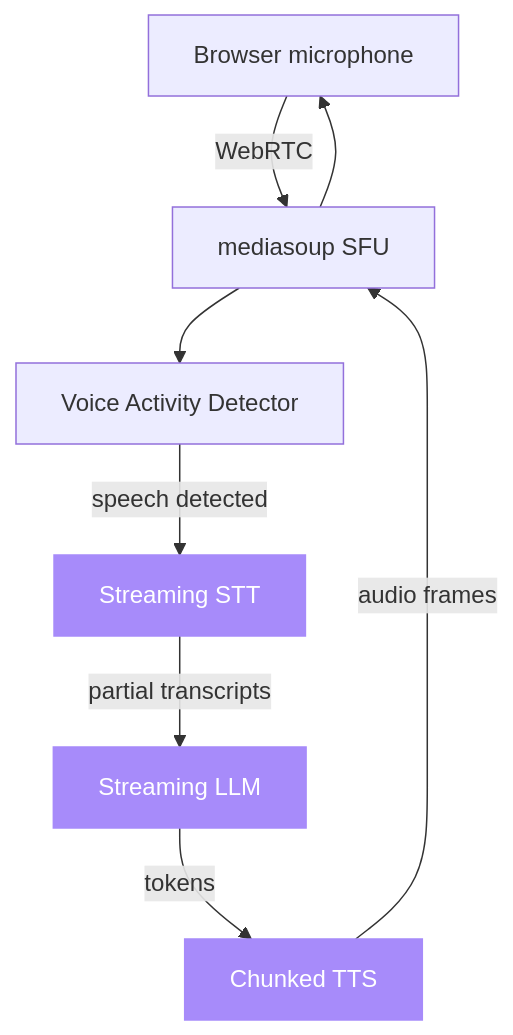
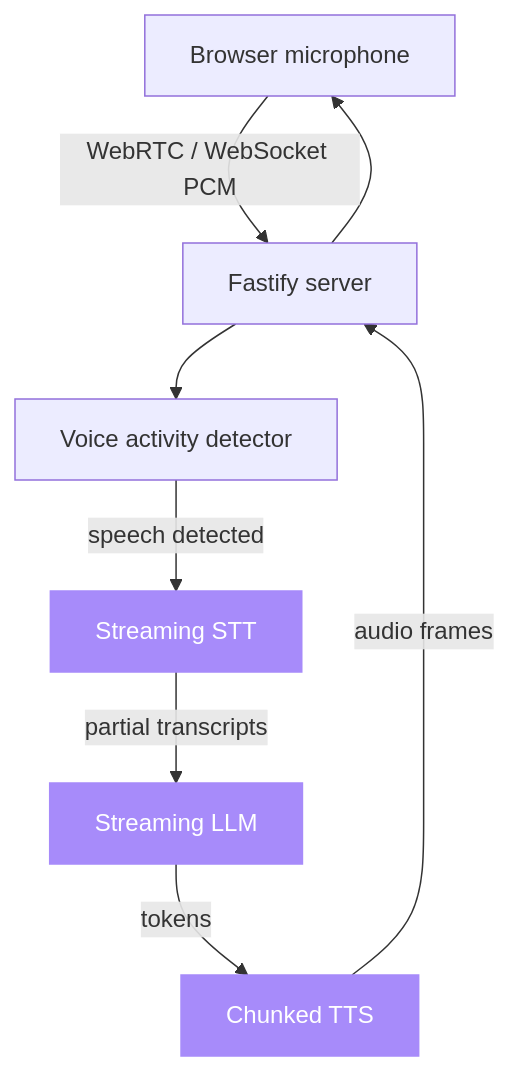
The diagram in README.md (sarmakska/voice-agent-starter), drawn with Mermaid before and after one commit. The commit also changed other lines of this file and 1 other file, not shown here.

````diff
--- a/README.md
+++ b/README.md
@@ -41,14 +37,14 @@
 ```mermaid
 graph TD
   Browser[Browser microphone]
-  Browser -->|WebRTC| SFU[mediasoup SFU]
-  SFU --> VAD[Voice Activity Detector]
+  Browser -->|WebRTC / WebSocket PCM| SRV[Fastify server]
+  SRV --> VAD[Voice activity detector]
   VAD -->|speech detected| STT[Streaming STT]
   STT -->|partial transcripts| LLM[Streaming LLM]
   LLM -->|tokens| TTS[Chunked TTS]
-  TTS -->|audio frames| SFU
-  SFU --> Browser
+  TTS -->|audio frames| SRV
+  SRV --> Browser
 
   classDef ext fill:#a78bfa,stroke:#a78bfa,color:#fff
   class STT,LLM,TTS ext
 ```
````
